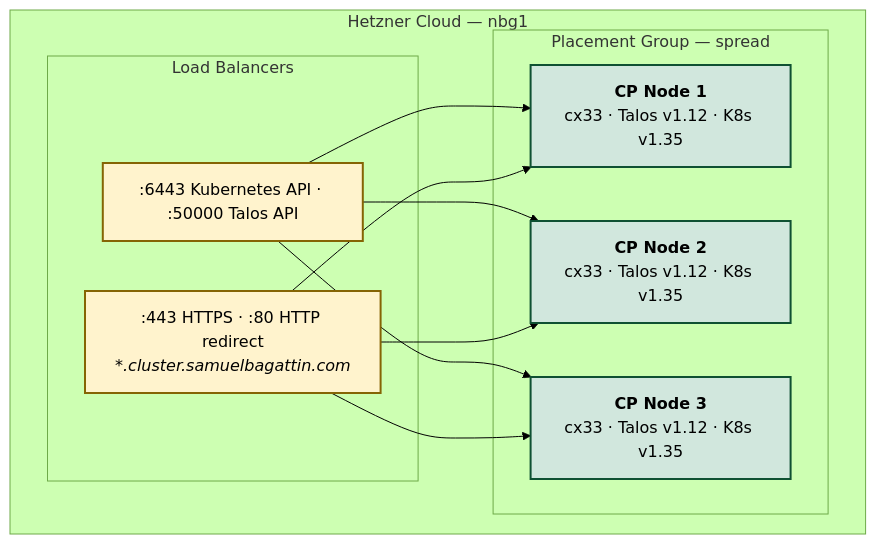
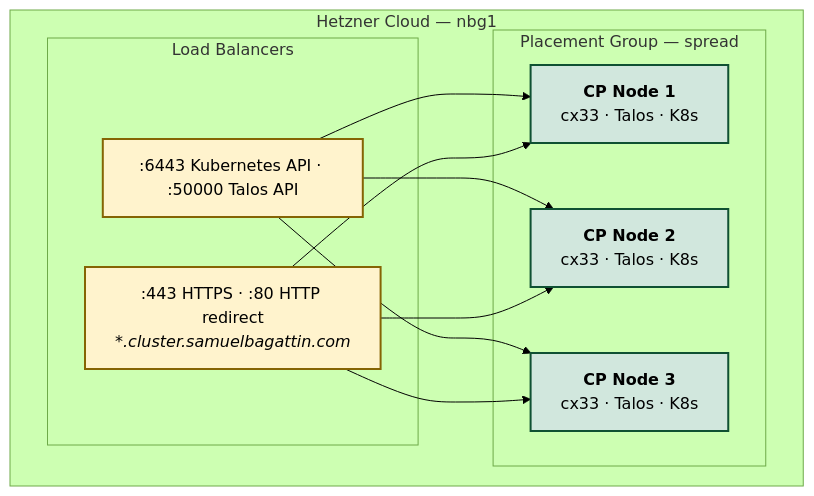
The second of 3 diagrams in README.md (SamuelBagattin/talos-hetzner-capi), drawn with Mermaid (forest theme) before and after one commit. The commit also changed other lines of this file, not shown here.

````diff
--- a/README.md
+++ b/README.md
@@ -54,21 +54,21 @@
 ```mermaid
 flowchart TD
     classDef lbStyle fill:#fff3cd,stroke:#856404,stroke-width:2px,color:#000
     classDef nodeStyle fill:#d1e7dd,stroke:#0f5132,stroke-width:2px,color:#000
 
     subgraph hetzner["Hetzner Cloud — nbg1"]
         subgraph lb["Load Balancers"]
             cplb[":6443 Kubernetes API · :50000 Talos API"]:::lbStyle
             envoylb[":443 HTTPS · :80 HTTP redirect<br/><i>*.cluster.samuelbagattin.com</i>"]:::lbStyle
         end
 
         subgraph nodes["Placement Group — spread"]
-            node1["<b>CP Node 1</b><br/>cx33 · Talos v1.12 · K8s v1.35"]:::nodeStyle
-            node2["<b>CP Node 2</b><br/>cx33 · Talos v1.12 · K8s v1.35"]:::nodeStyle
-            node3["<b>CP Node 3</b><br/>cx33 · Talos v1.12 · K8s v1.35"]:::nodeStyle
+            node1["<b>CP Node 1</b><br/>cx33 · Talos · K8s"]:::nodeStyle
+            node2["<b>CP Node 2</b><br/>cx33 · Talos · K8s"]:::nodeStyle
+            node3["<b>CP Node 3</b><br/>cx33 · Talos · K8s"]:::nodeStyle
         end
     end
 
     cplb --> node1 & node2 & node3
     envoylb --> node1 & node2 & node3
 ```
````
